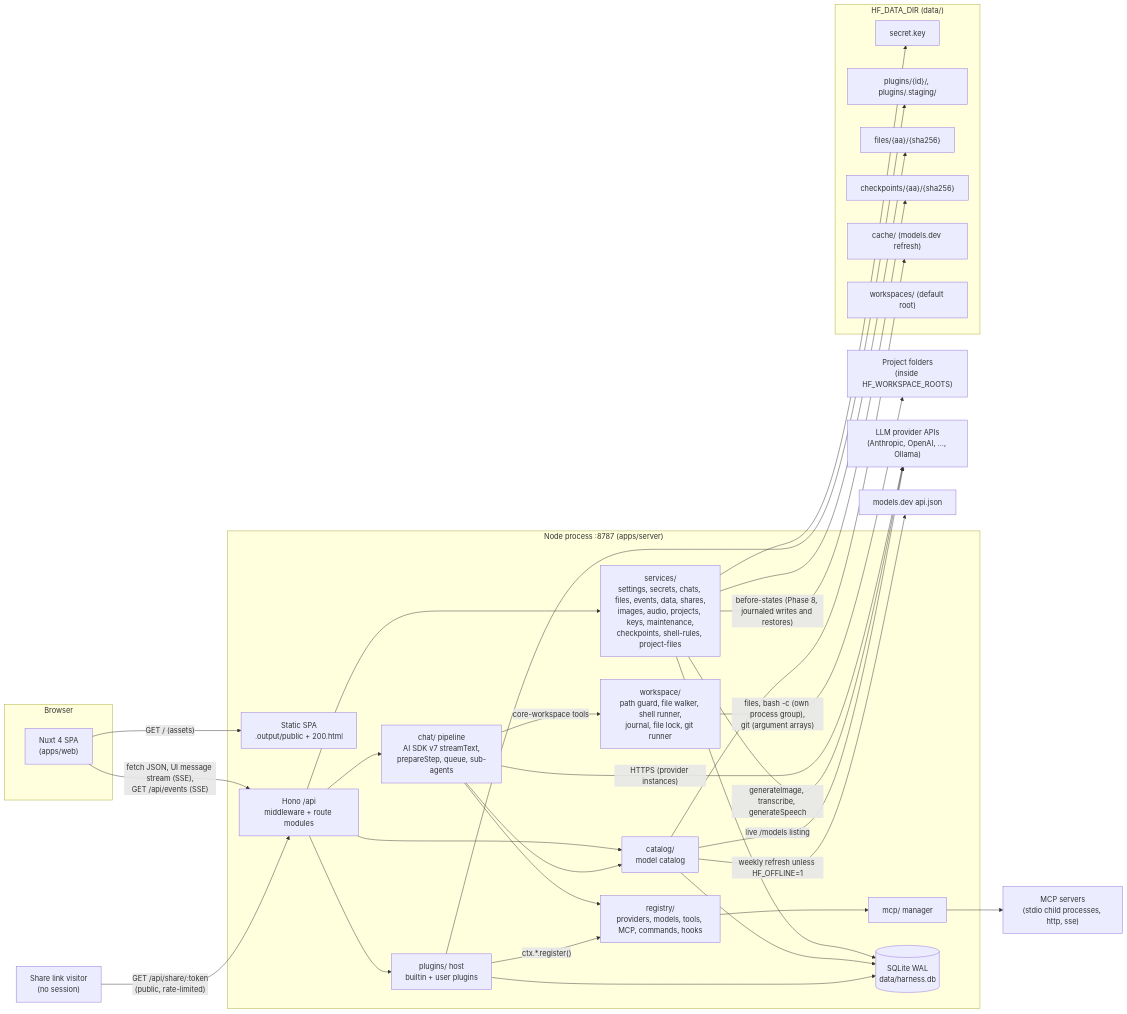
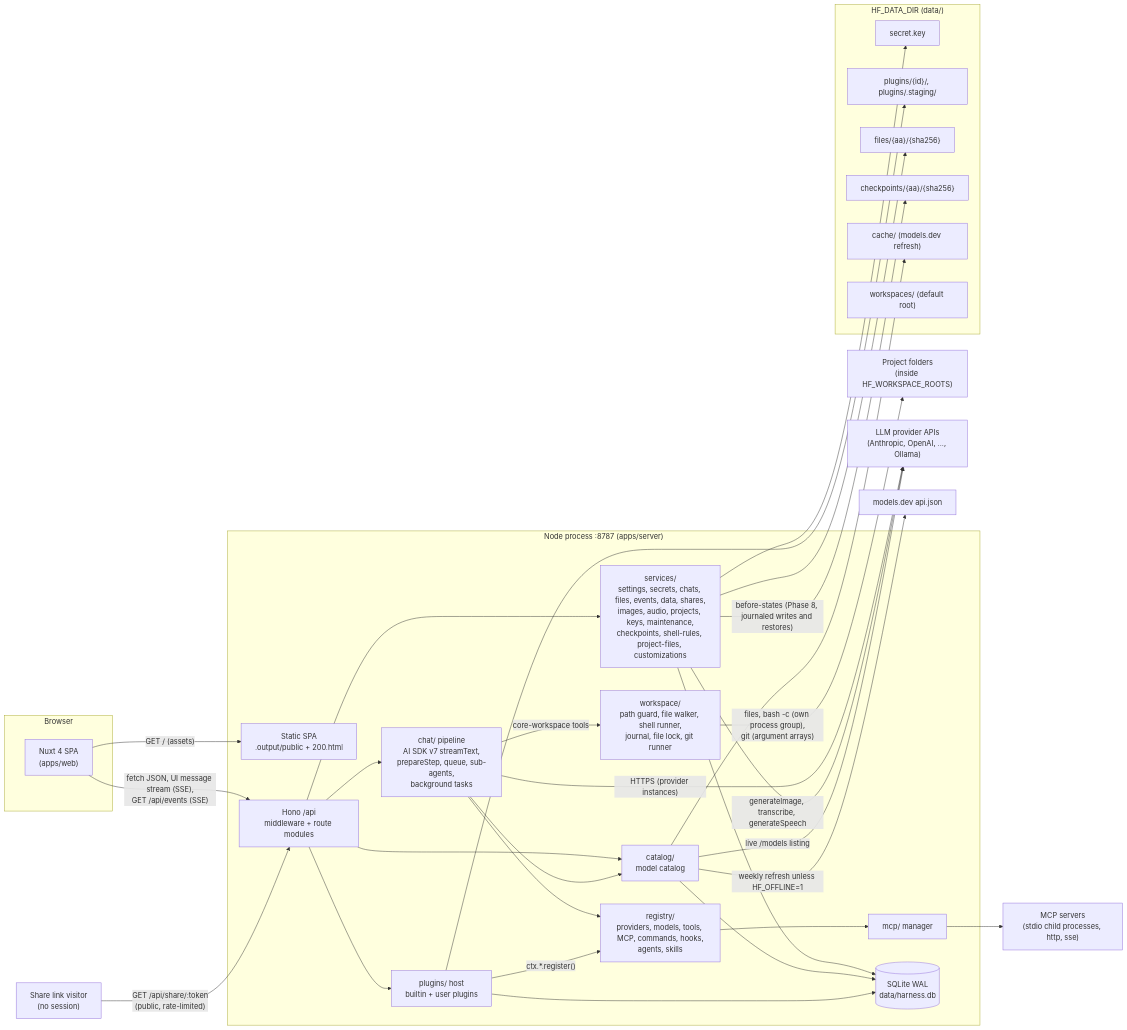
One commit to maksqi/harness-forge changed the first of 21 diagrams in docs/ARCHITECTURE.md. Above: the diagram before and after it, drawn with Mermaid. The commit also changed other lines of this file and 103 other files, not shown here.

````diff
--- a/docs/ARCHITECTURE.md
+++ b/docs/ARCHITECTURE.md
@@ -13,57 +13,57 @@
 ```mermaid
 flowchart LR
   subgraph Browser
     SPA["Nuxt 4 SPA<br/>(apps/web)"]
   end
   subgraph Server["Node process :8787 (apps/server)"]
     Static["Static SPA<br/>.output/public + 200.html"]
     API["Hono /api<br/>middleware + route modules"]
-    Chat["chat/ pipeline<br/>AI SDK v7 streamText,<br/>prepareStep, queue, sub-agents"]
+    Chat["chat/ pipeline<br/>AI SDK v7 streamText,<br/>prepareStep, queue, sub-agents,<br/>background tasks"]
     Host["plugins/ host<br/>builtin + user plugins"]
-    Reg["registry/<br/>providers, models, tools, MCP, commands, hooks"]
+    Reg["registry/<br/>providers, models, tools, MCP, commands, hooks,<br/>agents, skills"]
     Cat["catalog/<br/>model catalog"]
     MCPM["mcp/ manager"]
-    Svc["services/<br/>settings, secrets, chats, files, events, data, shares,<br/>images, audio, projects, keys, maintenance,<br/>checkpoints, shell-rules, project-files"]
+    Svc["services/<br/>settings, secrets, chats, files, events, data, shares,<br/>images, audio, projects, keys, maintenance,<br/>checkpoints, shell-rules, project-files, customizations"]
     WS["workspace/<br/>path guard, file walker, shell runner,<br/>journal, file lock, git runner"]
     DB[("SQLite WAL<br/>data/harness.db")]
   end
   subgraph DataDir["HF_DATA_DIR (data/)"]
     Key["secret.key"]
     PDir["plugins/{id}/, plugins/.staging/"]
     Files["files/{aa}/{sha256}"]
     Ckpt["checkpoints/{aa}/{sha256}"]
     Cache["cache/ (models.dev refresh)"]
     WRoot["workspaces/ (default root)"]
   end
   Proj["Project folders<br/>(inside HF_WORKSPACE_ROOTS)"]
   LLM["LLM provider APIs<br/>(Anthropic, OpenAI, ..., Ollama)"]
   MCPS["MCP servers<br/>(stdio child processes, http, sse)"]
   MD["models.dev api.json"]
 
   SPA -- "fetch JSON, UI message stream (SSE),<br/>GET /api/events (SSE)" --> API
   Visitor["Share link visitor<br/>(no session)"] -- "GET /api/share/:token<br/>(public, rate-limited)" --> API
   SPA -- "GET / (assets)" --> Static
   API --> Chat
   API --> Svc
   API --> Host
   API --> Cat
   Chat --> Reg
   Chat --> Cat
   Host -- "ctx.*.register()" --> Reg
   Reg --> MCPM
   Chat -- "HTTPS (provider instances)" --> LLM
   Svc -- "generateImage, transcribe, generateSpeech" --> LLM
   Cat -- "live /models listing" --> LLM
   Cat -- "weekly refresh unless HF_OFFLINE=1" --> MD
   MCPM --> MCPS
   Chat -- "core-workspace tools" --> WS
   WS -- "files, bash -c (own process group),<br/>git (argument arrays)" --> Proj
   Svc -- "before-states (Phase 8, journaled writes and restores)" --> Ckpt
   Svc --> DB
   Cat --> DB
   Host --> DB
   Svc --> Key
   Svc --> Files
   Host --> PDir
   Cat --> Cache
 ```
````
